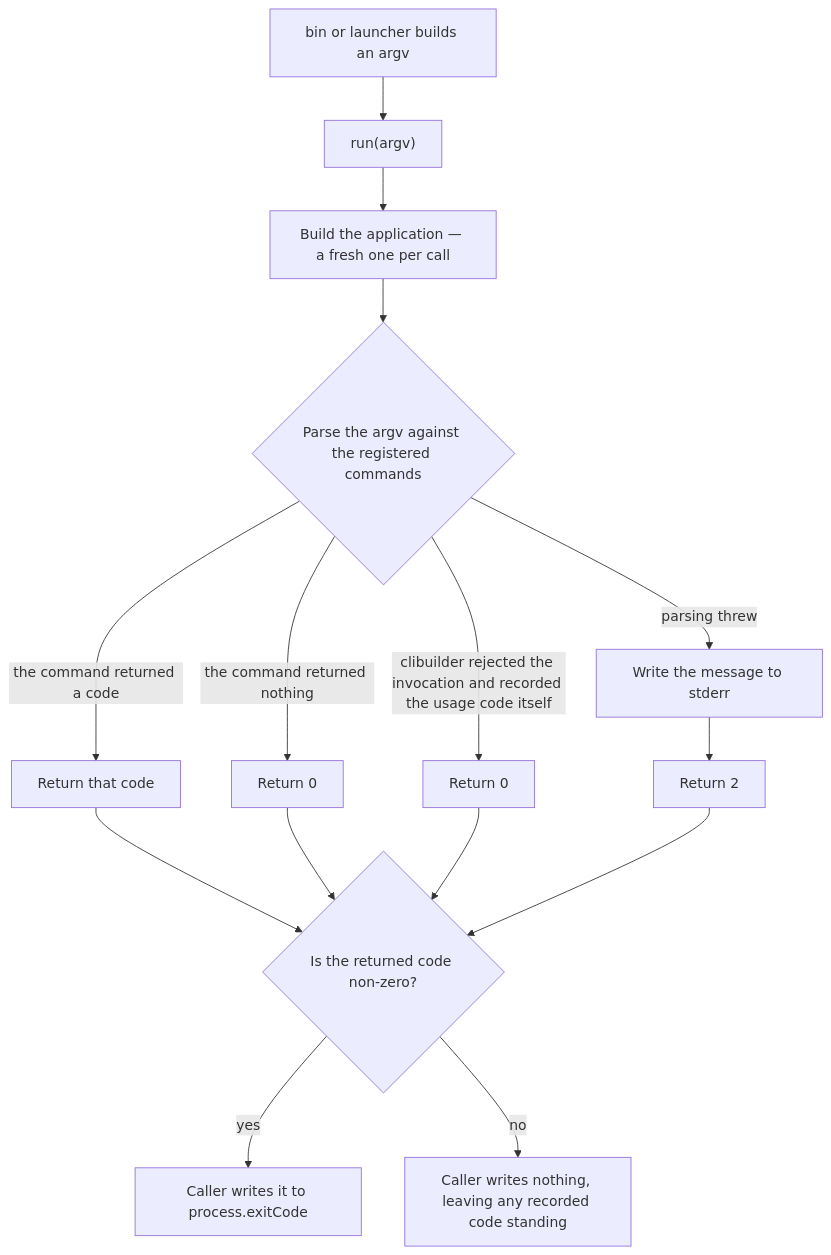
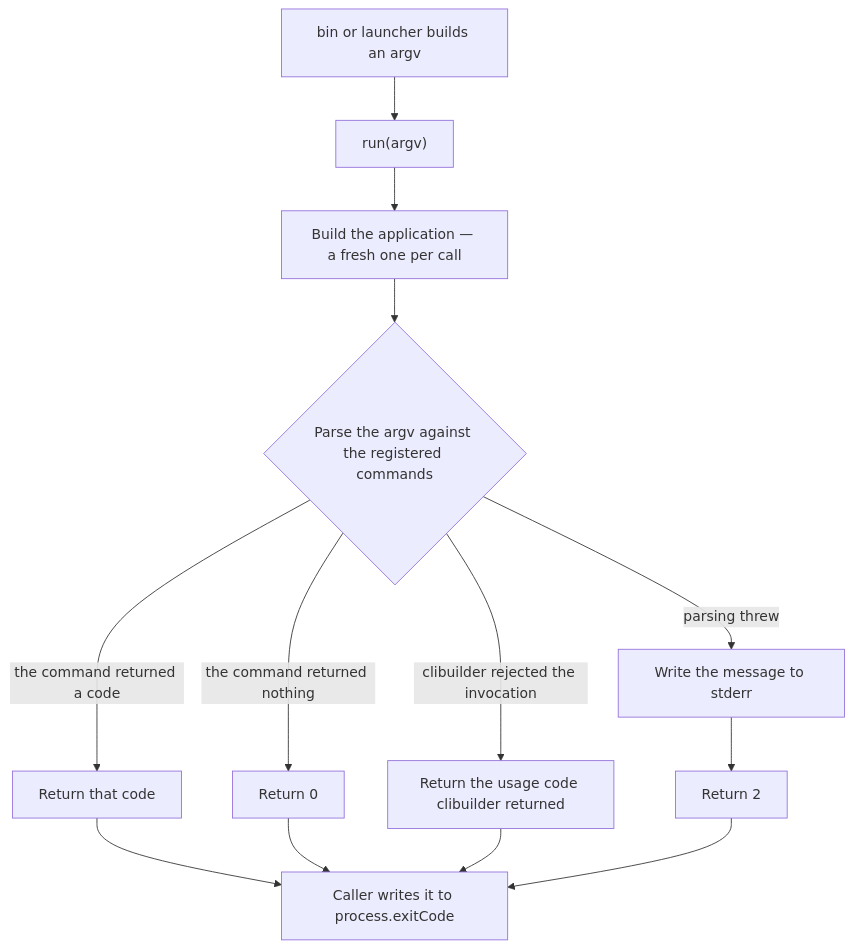
The diagram in packages/buddy-agent-harness/.agents/spec/cli/entry-point/README.md (repobuddy/buddy-agent-harness), drawn with Mermaid before and after one commit. The commit also changed other lines of this file and 13 other files, not shown here.

First line of the commit message:
fix(cli): assign the exit code run() returns unconditionally (#187)

````diff
--- a/packages/buddy-agent-harness/.agents/spec/cli/entry-point/README.md
+++ b/packages/buddy-agent-harness/.agents/spec/cli/entry-point/README.md
@@ -99,17 +99,15 @@
 ```mermaid
 flowchart TD
   A[bin or launcher builds an argv] --> B["run(argv)"]
   B --> C[Build the application — a fresh one per call]
   C --> D{Parse the argv against the registered commands}
   D -->|the command returned a code| E[Return that code]
   D -->|the command returned nothing| F[Return 0]
-  D -->|clibuilder rejected the invocation and recorded the usage code itself| G[Return 0]
+  D -->|clibuilder rejected the invocation| G[Return the usage code clibuilder returned]
   D -->|parsing threw| H[Write the message to stderr]
   H --> I[Return 2]
-  E --> J{Is the returned code non-zero?}
-  F --> J
-  G --> J
-  I --> J
-  J -->|yes| K[Caller writes it to process.exitCode]
-  J -->|no| L[Caller writes nothing, leaving any recorded code standing]
+  E --> K[Caller writes it to process.exitCode]
+  F --> K
+  G --> K
+  I --> K
 ```
````
